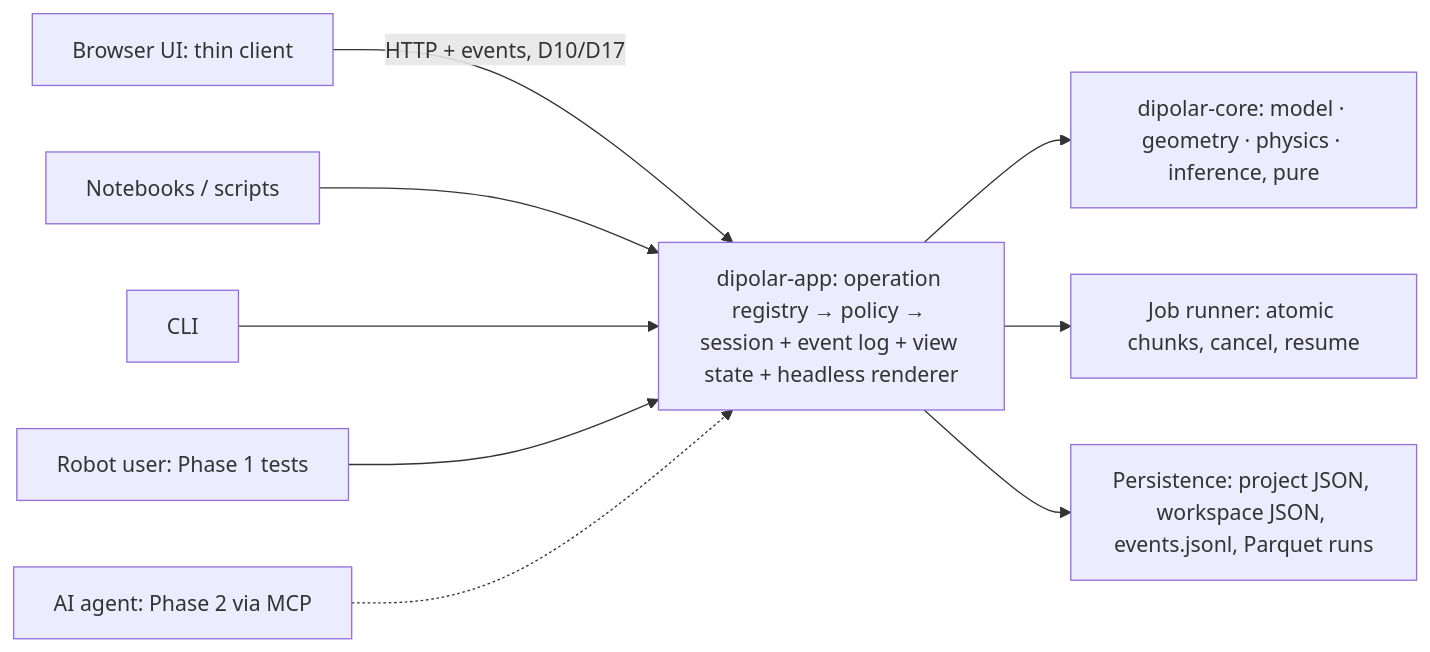
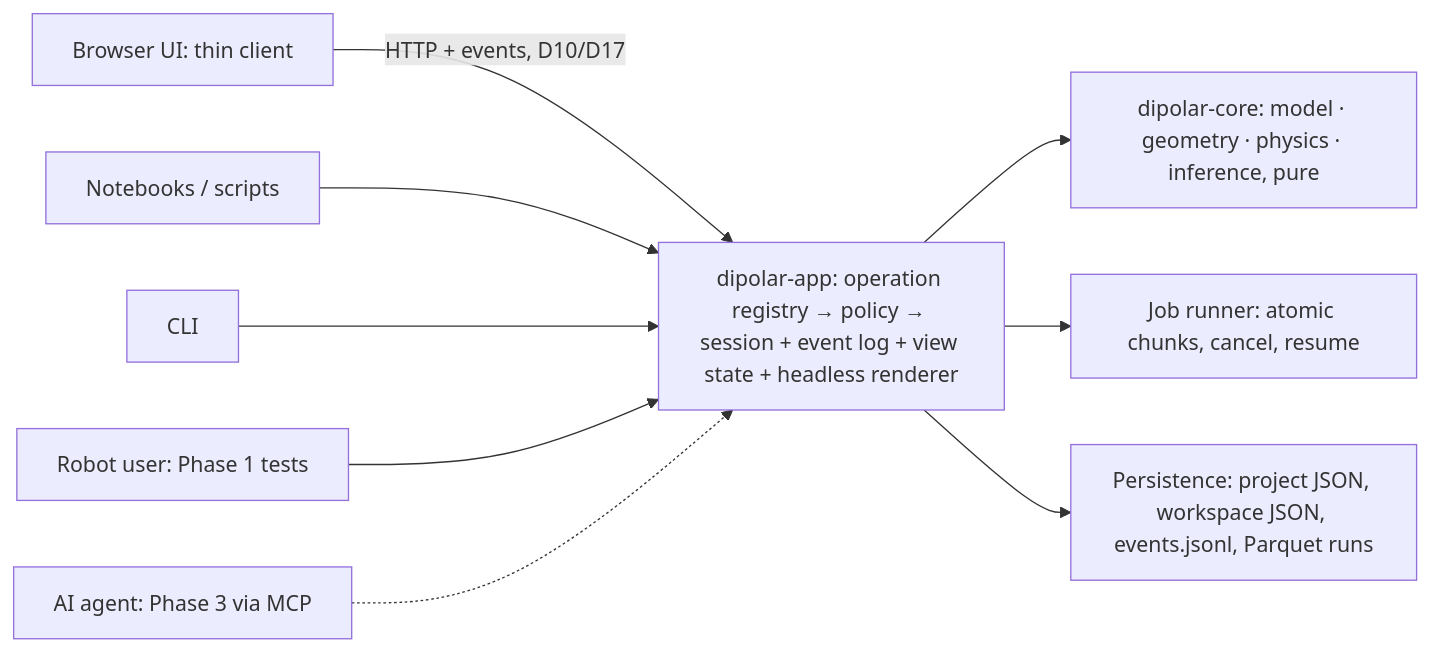
Before and after one commit to GinoLlerena/dipolar-studio: the diagram in docs/03-redesign-plan.md, drawn with Mermaid. The commit also changed other lines of this file and 6 other files, not shown here.

````diff
--- a/docs/03-redesign-plan.md
+++ b/docs/03-redesign-plan.md
@@ -352,12 +410,12 @@
 ```mermaid
 flowchart LR
   UI[Browser UI: thin client] -->|HTTP + events, D10/D17| REG
   NB[Notebooks / scripts] --> REG
   CLI[CLI] --> REG
   ROBOT[Robot user: Phase 1 tests] --> REG
-  AGENT[AI agent: Phase 2 via MCP] -.-> REG
+  AGENT[AI agent: Phase 3 via MCP] -.-> REG
   REG[dipolar-app: operation registry → policy → session + event log + view state + headless renderer]
   REG --> CORE[dipolar-core: model · geometry · physics · inference, pure]
   REG --> JOBS[Job runner: atomic chunks, cancel, resume]
   REG --> IO[Persistence: project JSON, workspace JSON, events.jsonl, Parquet runs]
 ```
````
